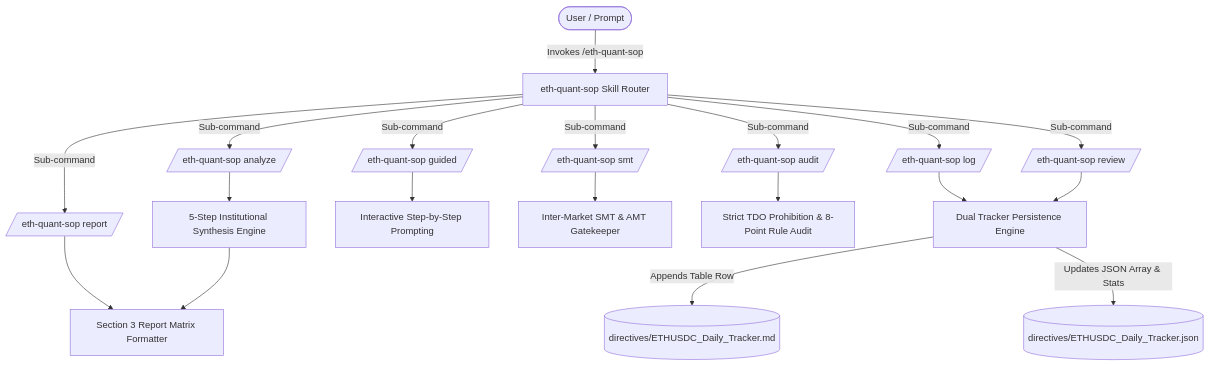
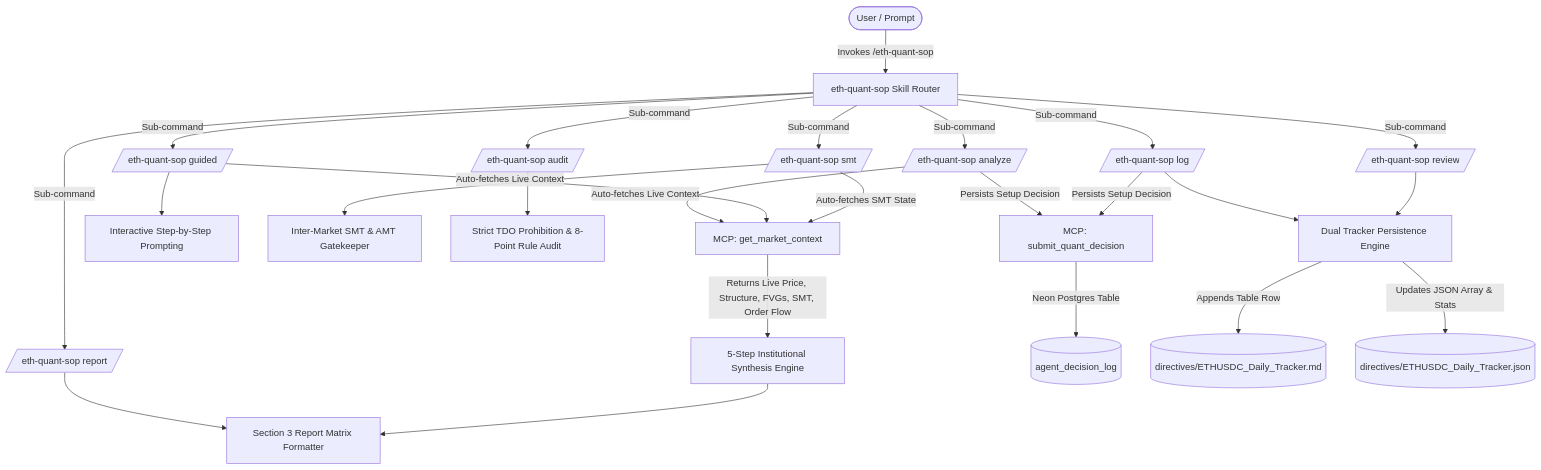
One commit to caslay/Gem_Charts_Data changed the first of 3 diagrams in .agents/skills/eth-quant-sop/references/SKILL_BLUEPRINT.md. Above: the diagram before and after it, drawn with Mermaid. The commit also changed other lines of this file and 1 other file, not shown here.

Commit message:
feat(skill): upgrade eth-quant-sop skill to v2.1.0 with live MCP tools integration

````diff
--- a/.agents/skills/eth-quant-sop/references/SKILL_BLUEPRINT.md
+++ b/.agents/skills/eth-quant-sop/references/SKILL_BLUEPRINT.md
@@ -24,26 +24,34 @@
 ```mermaid
 graph TD
     User([User / Prompt]) -->|Invokes /eth-quant-sop| SkillEngine[eth-quant-sop Skill Router]
     
     SkillEngine -->|Sub-command| CmdAnalyze[/eth-quant-sop analyze/]
     SkillEngine -->|Sub-command| CmdGuided[/eth-quant-sop guided/]
     SkillEngine -->|Sub-command| CmdSMT[/eth-quant-sop smt/]
     SkillEngine -->|Sub-command| CmdLog[/eth-quant-sop log/]
     SkillEngine -->|Sub-command| CmdReview[/eth-quant-sop review/]
     SkillEngine -->|Sub-command| CmdAudit[/eth-quant-sop audit/]
     SkillEngine -->|Sub-command| CmdReport[/eth-quant-sop report/]
 
-    CmdAnalyze --> QuantWorkflow[5-Step Institutional Synthesis Engine]
+    CmdAnalyze -->|Auto-fetches Live Context| MCPContext[MCP: get_market_context]
+    CmdGuided -->|Auto-fetches Live Context| MCPContext
+    CmdSMT -->|Auto-fetches SMT State| MCPContext
+    
+    MCPContext -->|Returns Live Price, Structure, FVGs, SMT, Order Flow| QuantWorkflow[5-Step Institutional Synthesis Engine]
     CmdGuided --> StepByStep[Interactive Step-by-Step Prompting]
     CmdSMT --> SMTValidator[Inter-Market SMT & AMT Gatekeeper]
     CmdAudit --> TDOGuard[Strict TDO Prohibition & 8-Point Rule Audit]
     CmdReport --> MatrixFormatter[Section 3 Report Matrix Formatter]
     
+    QuantWorkflow --> MatrixFormatter
+    CmdAnalyze -->|Persists Setup Decision| MCPDecision[MCP: submit_quant_decision]
+    CmdLog -->|Persists Setup Decision| MCPDecision
+    
+    MCPDecision -->|Neon Postgres Table| DBLog[(agent_decision_log)]
+    
     CmdLog --> TrackerWriter[Dual Tracker Persistence Engine]
     CmdReview --> TrackerWriter
-    
-    QuantWorkflow --> MatrixFormatter
     
     TrackerWriter -->|Appends Table Row| MDTracker[(directives/ETHUSDC_Daily_Tracker.md)]
     TrackerWriter -->|Updates JSON Array & Stats| JSONTracker[(directives/ETHUSDC_Daily_Tracker.json)]
 ```
````
